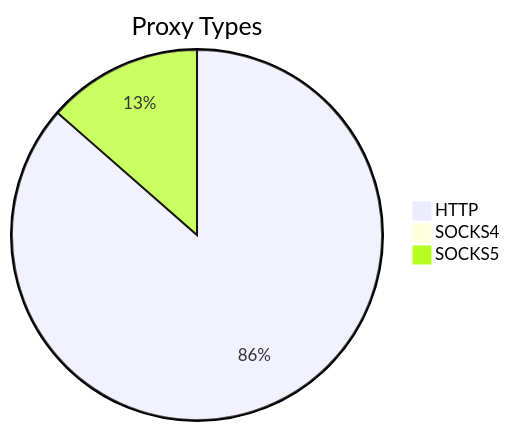
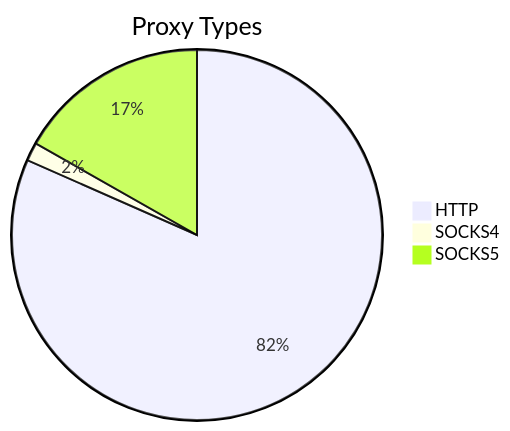
Before and after one commit to stormsia/proxy-list: the first of 2 diagrams in README.md, drawn with Mermaid. The commit also changed other lines of this file, not shown here.

````diff
--- a/README.md
+++ b/README.md
@@ -21,6 +21,6 @@
 ```mermaid
 pie title Proxy Types
-    "HTTP" : 2514
-    "SOCKS4" : 26
-    "SOCKS5" : 394
+    "HTTP" : 2583
+    "SOCKS4" : 51
+    "SOCKS5" : 531
 ```
````
